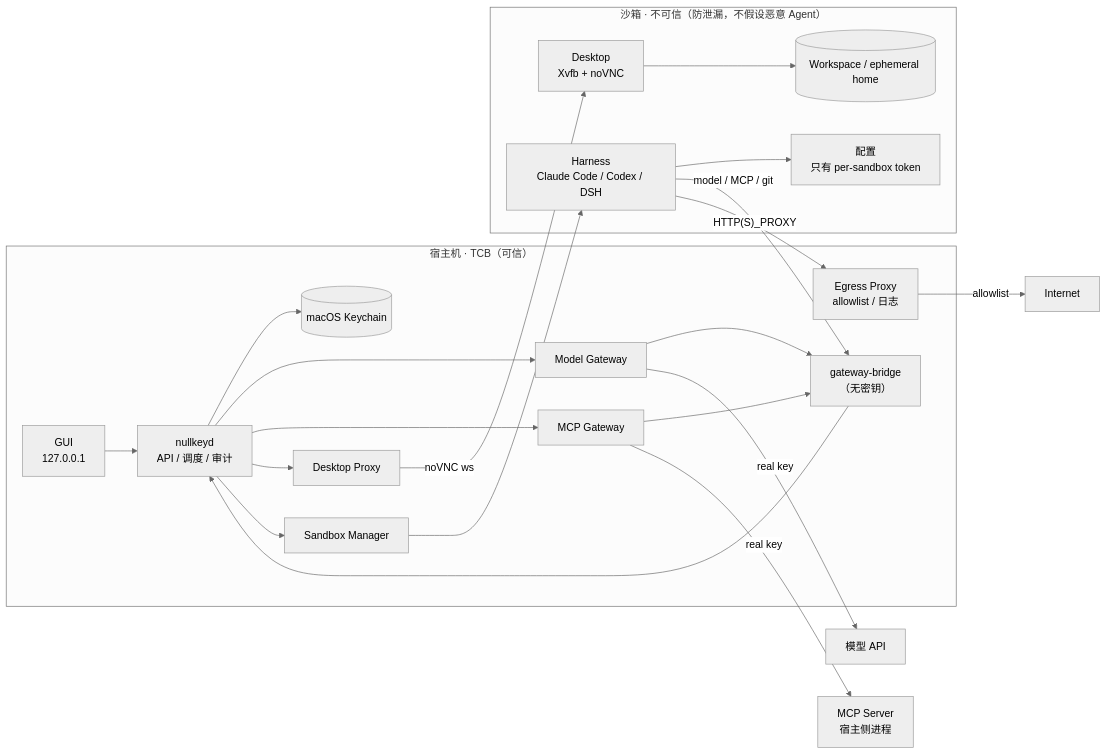
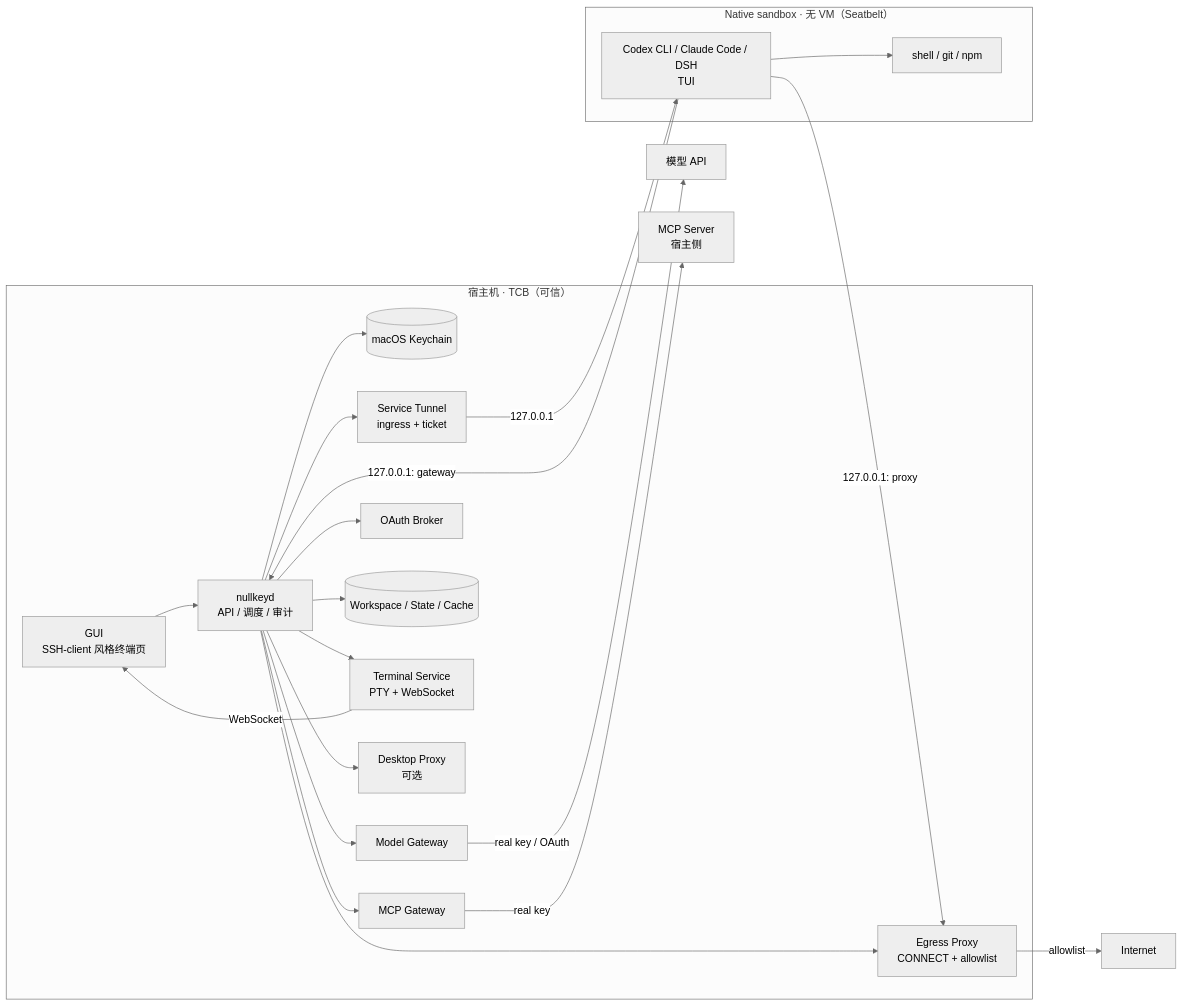
Before and after one commit to Mrjwj34/nullkey: the diagram in docs/02-architecture.md, drawn with Mermaid (neutral theme). The commit also changed other lines of this file and 13 other files, not shown here.

First line of the commit message:
docs: native runtime, OAuth, state, tunnels, API contract, SLO (#3)

````diff
--- a/docs/02-architecture.md
+++ b/docs/02-architecture.md
@@ -5,41 +5,41 @@
 ```mermaid
 flowchart LR
   subgraph HOST["宿主机 · TCB（可信）"]
-    GUI["GUI<br/>127.0.0.1"]
+    GUI["GUI<br/>SSH-client 风格终端页"]
     D["nullkeyd<br/>API / 调度 / 审计"]
     KC[("macOS Keychain")]
     MG["Model Gateway"]
     MCPG["MCP Gateway"]
-    DP["Desktop Proxy"]
-    SM["Sandbox Manager"]
-    BR["gateway-bridge<br/>（无密钥）"]
-    EP["Egress Proxy<br/>allowlist / 日志"]
+    OA["OAuth Broker"]
+    EP["Egress Proxy<br/>CONNECT + allowlist"]
+    ST[("Workspace / State / Cache")]
+    TS["Terminal Service<br/>PTY + WebSocket"]
+    DP["Desktop Proxy<br/>可选"]
+    TP["Service Tunnel<br/>ingress + ticket"]
 
     GUI --> D
     D --> KC
     D --> MG
     D --> MCPG
+    D --> OA
+    D --> EP
+    D --> ST
+    D --> TS
     D --> DP
-    D --> SM
-    MG --> BR
-    MCPG --> BR
-    BR --> D
+    D --> TP
   end
 
-  subgraph SBX["沙箱 · 不可信（防泄漏，不假设恶意 Agent）"]
-    H["Harness<br/>Claude Code / Codex / DSH"]
-    CFG["配置<br/>只有 per-sandbox token"]
-    DT["Desktop<br/>Xvfb + noVNC"]
-    WS[("Workspace / ephemeral home")]
-    H --> CFG
-    DT --> WS
+  subgraph SBX["Native sandbox · 无 VM（Seatbelt）"]
+    H["Codex CLI / Claude Code / DSH<br/>TUI"]
+    SH["shell / git / npm"]
+    H --> SH
   end
 
-  H -->|"model / MCP / git"| BR
-  H -->|"HTTP(S)_PROXY"| EP
+  H -->|"127.0.0.1: gateway"| D
+  H -->|"127.0.0.1: proxy"| EP
+  TS -->|"WebSocket"| GUI
+  TP -->|"127.0.0.1"| H
+  MG -->|"real key / OAuth"| UP["模型 API"]
+  MCPG -->|"real key"| MS["MCP Server<br/>宿主侧"]
   EP -->|"allowlist"| NET["Internet"]
-  DP -->|"noVNC ws"| DT
-  SM --> H
-  MG -->|"real key"| UP["模型 API"]
-  MCPG -->|"real key"| MS["MCP Server<br/>宿主侧进程"]
 ```
````
